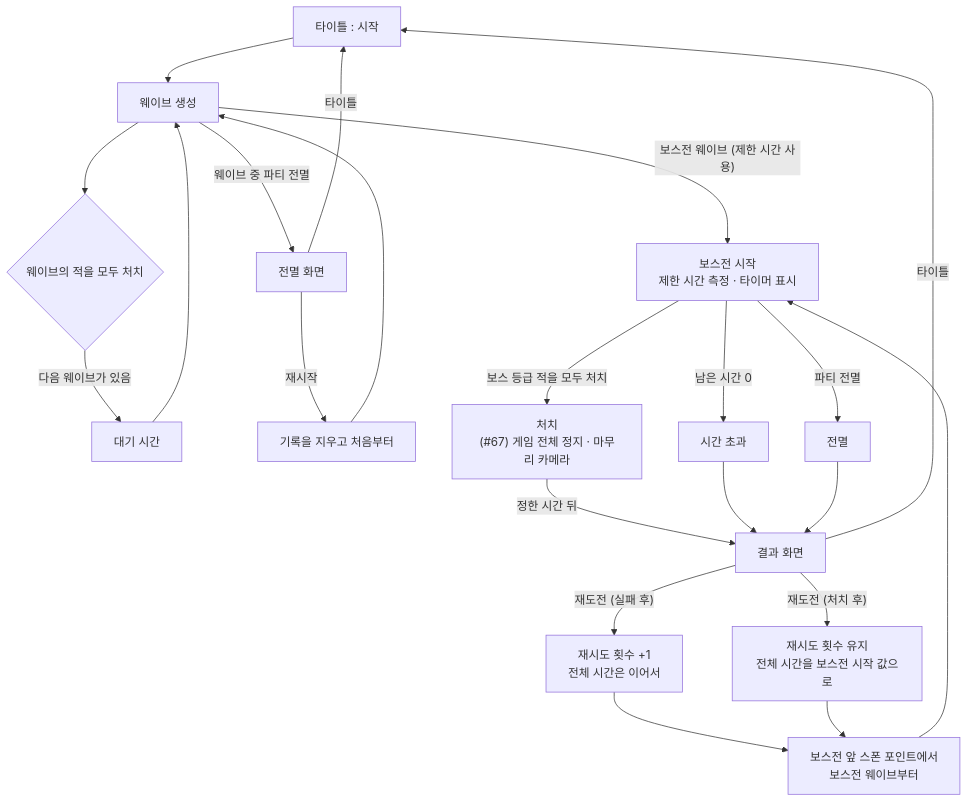
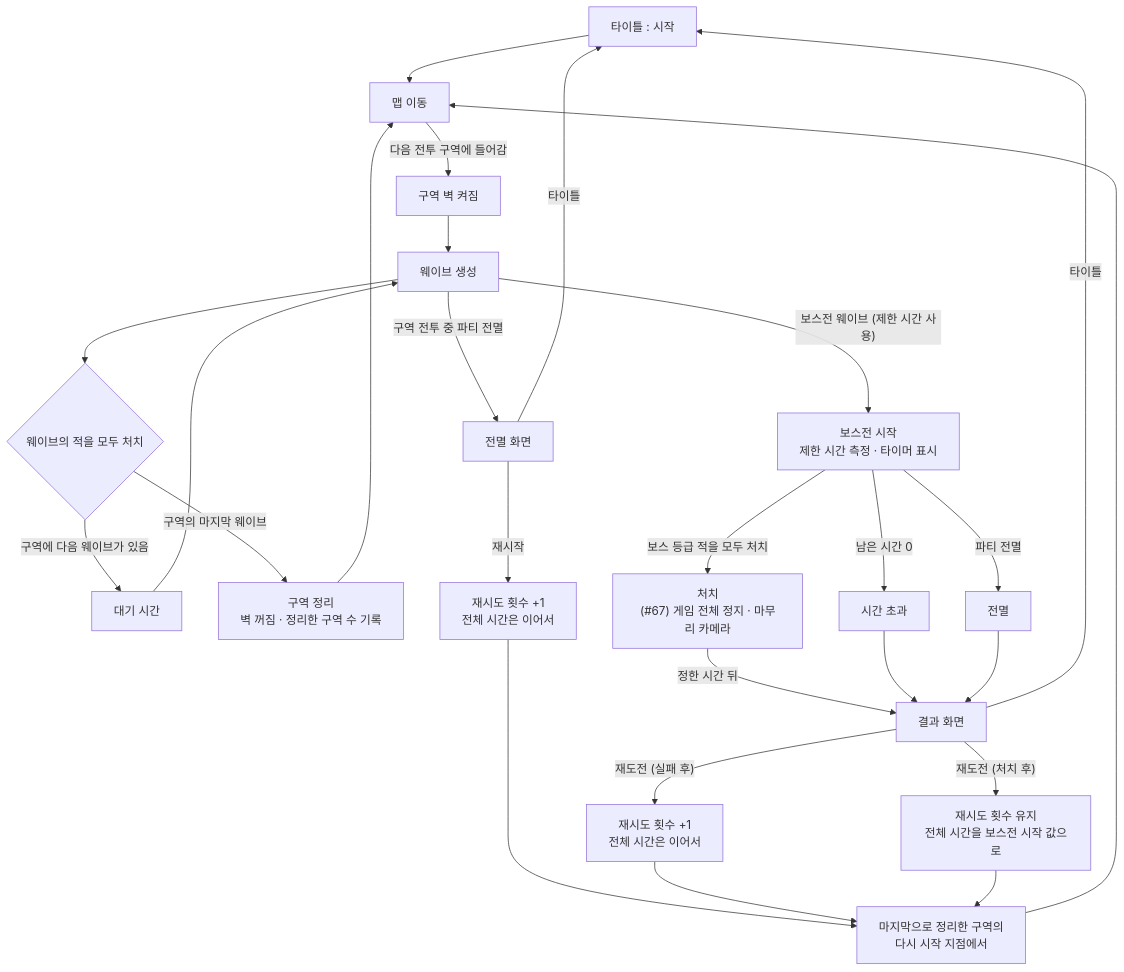
The first of 4 diagrams in Docs/Technical/Game/GameFlow.md (SquashPrince/Develrocket_mp15_HHH), drawn with Mermaid before and after one commit. The commit also changed other lines of this file and 51 other files, not shown here.

````diff
--- a/Docs/Technical/Game/GameFlow.md
+++ b/Docs/Technical/Game/GameFlow.md
@@ -25,19 +26,21 @@
 ```mermaid
 flowchart TD
-    T["타이틀 : 시작"] --> W["웨이브 생성"]
+    T["타이틀 : 시작"] --> M["맵 이동"]
+    M -->|"다음 전투 구역에 들어감"| Z["구역 벽 켜짐"] --> W["웨이브 생성"]
     W --> C{"웨이브의 적을 모두 처치"}
-    C -->|"다음 웨이브가 있음"| WT["대기 시간"] --> W
+    C -->|"구역에 다음 웨이브가 있음"| WT["대기 시간"] --> W
+    C -->|"구역의 마지막 웨이브"| ZC["구역 정리<br>벽 꺼짐 · 정리한 구역 수 기록"] --> M
     W -->|"보스전 웨이브 (제한 시간 사용)"| B["보스전 시작<br>제한 시간 측정 · 타이머 표시"]
-    W -->|"웨이브 중 파티 전멸"| WW["전멸 화면"]
-    WW -->|"재시작"| RS["기록을 지우고 처음부터"] --> W
+    W -->|"구역 전투 중 파티 전멸"| WW["전멸 화면"]
+    WW -->|"재시작"| RS["재시도 횟수 +1<br>전체 시간은 이어서"] --> CP
     WW -->|"타이틀"| T
     B -->|"보스 등급 적을 모두 처치"| BC["처치<br>(#67) 게임 전체 정지 · 마무리 카메라"]
     B -->|"남은 시간 0"| BT["시간 초과"]
     B -->|"파티 전멸"| BW["전멸"]
     BC -->|"정한 시간 뒤"| R["결과 화면"]
     BT & BW --> R
-    R -->|"재도전 (실패 후)"| RF["재시도 횟수 +1<br>전체 시간은 이어서"] --> CP["보스전 앞 스폰 포인트에서<br>보스전 웨이브부터"]
+    R -->|"재도전 (실패 후)"| RF["재시도 횟수 +1<br>전체 시간은 이어서"] --> CP["마지막으로 정리한 구역의<br>다시 시작 지점에서"]
     R -->|"재도전 (처치 후)"| RC["재시도 횟수 유지<br>전체 시간을 보스전 시작 값으로"] --> CP
-    CP --> B
+    CP --> M
     R -->|"타이틀"| T
 ```
````
